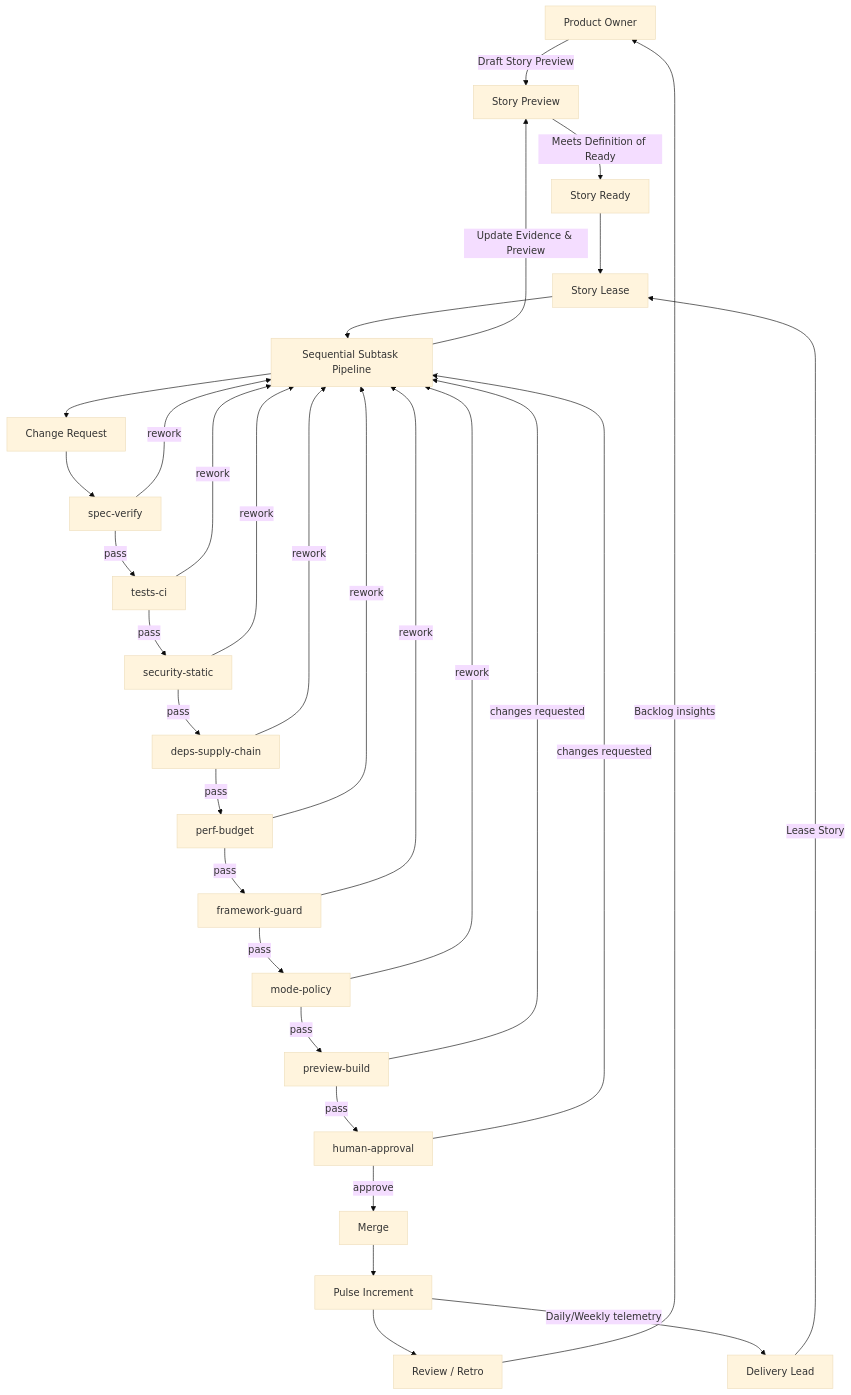
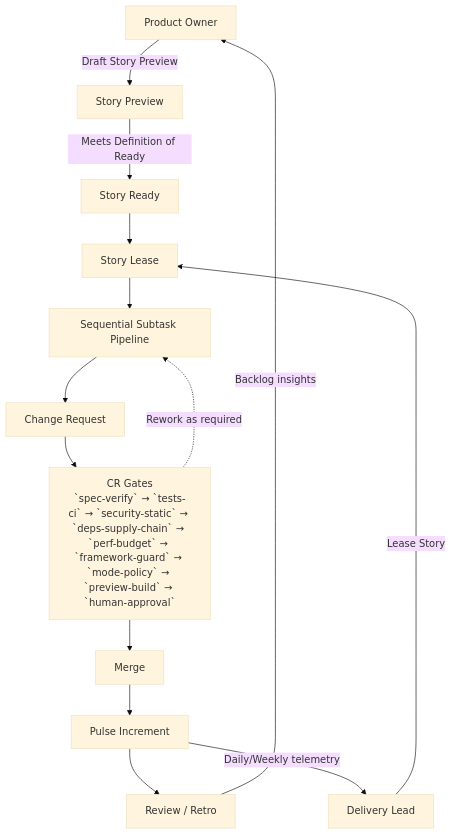
Before and after one commit to airnub/agentic-delivery-framework-internal: the diagram in README.md, drawn with Mermaid (base theme). The commit also changed other lines of this file and 1 other file, not shown here.

Commit message:
docs: split method diagrams

````diff
--- a/README.md
+++ b/README.md
@@ -65,35 +67,18 @@
 ```mermaid
 flowchart TD
   PO[Product Owner] -->|Draft Story Preview| PREVIEW[Story Preview]
   PREVIEW -->|Meets Definition of Ready| READY[Story Ready]
   DL[Delivery Lead] -->|Lease Story| LEASE[Story Lease]
   READY --> LEASE
   LEASE --> SSP[Sequential Subtask Pipeline]
-  SSP -->|Update Evidence & Preview| PREVIEW
   SSP --> CR[Change Request]
 
-  CR --> SPEC[spec-verify]
-  SPEC -->|pass| TESTS[tests-ci]
-  SPEC -->|rework| SSP
-  TESTS -->|pass| SEC[security-static]
-  TESTS -->|rework| SSP
-  SEC -->|pass| DEPS[deps-supply-chain]
-  SEC -->|rework| SSP
-  DEPS -->|pass| PERF[perf-budget]
-  DEPS -->|rework| SSP
-  PERF -->|pass| FRAMEWORK[framework-guard]
-  PERF -->|rework| SSP
-  FRAMEWORK -->|pass| MODE[mode-policy]
-  FRAMEWORK -->|rework| SSP
-  MODE -->|pass| PREVIEWBUILD[preview-build]
-  MODE -->|rework| SSP
-  PREVIEWBUILD -->|pass| HUMAN[human-approval]
-  PREVIEWBUILD -->|changes requested| SSP
-  HUMAN -->|approve| MERGE[Merge]
-  HUMAN -->|changes requested| SSP
+  CR --> GATES["CR Gates\n`spec-verify` → `tests-ci` → `security-static` → `deps-supply-chain` → `perf-budget` → `framework-guard` → `mode-policy` → `preview-build` → `human-approval`"]
+  GATES --> MERGE[Merge]
+  GATES -.->|Rework as required| SSP
 
   MERGE --> PULSE[Pulse Increment]
   PULSE --> REVIEW[Review / Retro]
   REVIEW -->|Backlog insights| PO
   PULSE -->|Daily/Weekly telemetry| DL
 ```
````
